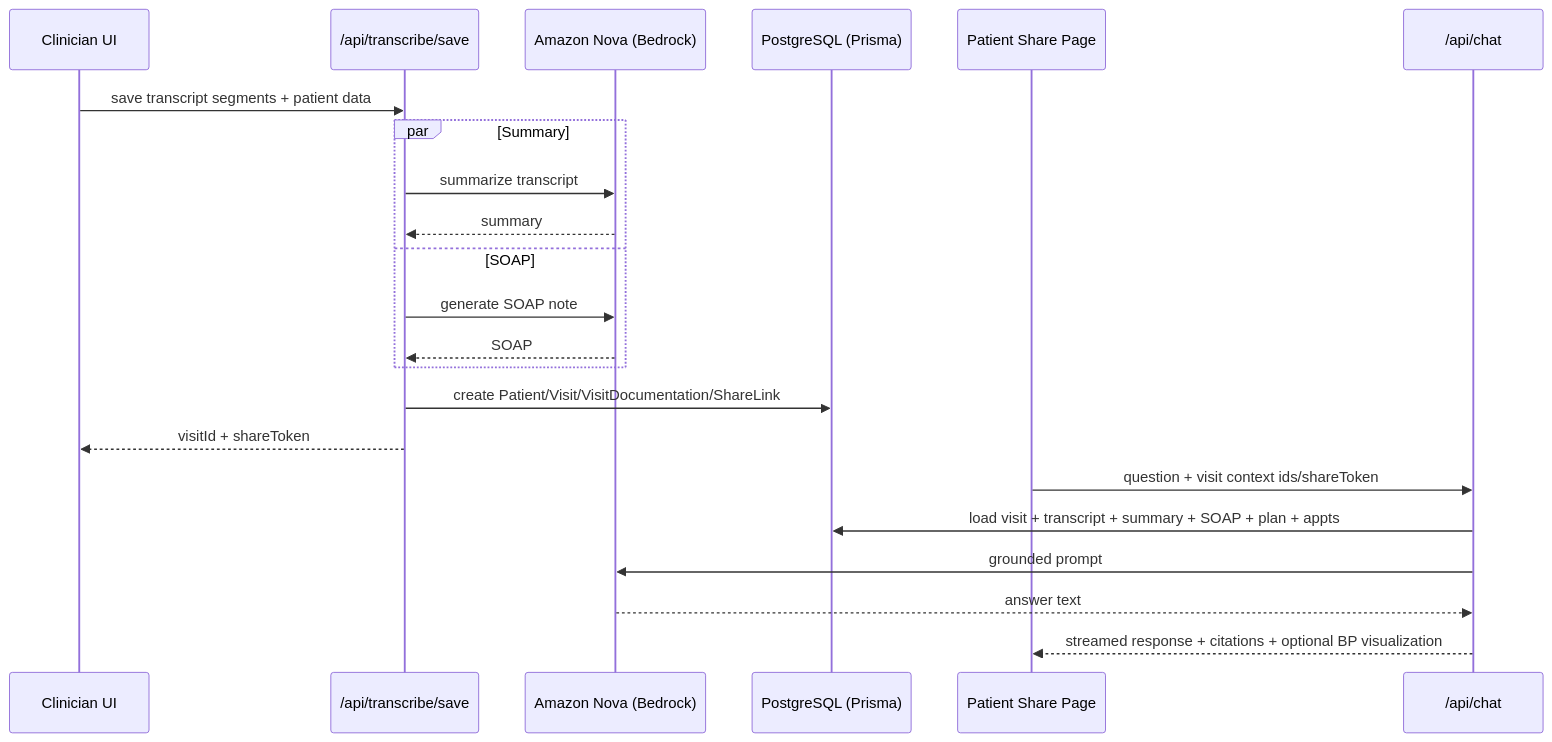
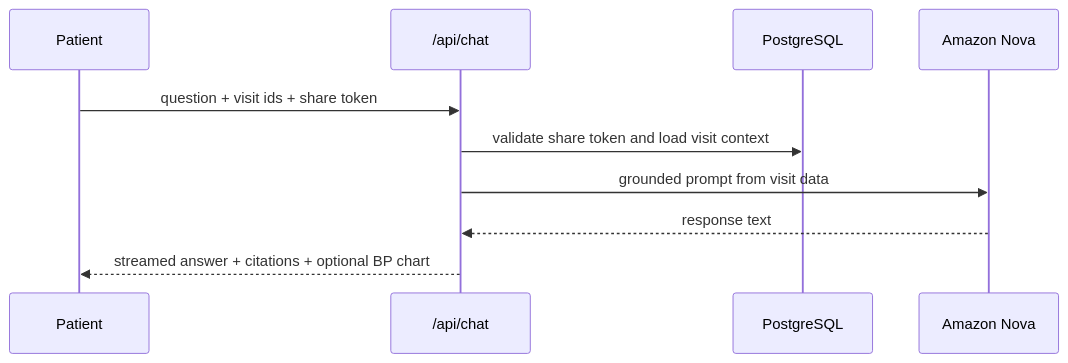
Before and after one commit to Manoj7ar/Synth-Hackathon: the third of 3 diagrams in AWS_AMAZON_NOVA_INTEGRATION_DEEP_DIVE.md, drawn with Mermaid. The commit also changed other lines of this file and 7 other files, not shown here.

````diff
--- a/AWS_AMAZON_NOVA_INTEGRATION_DEEP_DIVE.md
+++ b/AWS_AMAZON_NOVA_INTEGRATION_DEEP_DIVE.md
@@ -120,26 +221,13 @@
 ```mermaid
 sequenceDiagram
-  participant C as Clinician UI
-  participant S as /api/transcribe/save
-  participant N as Amazon Nova (Bedrock)
-  participant DB as PostgreSQL (Prisma)
-  participant P as Patient Share Page
+  participant P as Patient
   participant CHAT as /api/chat
+  participant DB as PostgreSQL
+  participant N as Amazon Nova
 
-  C->>S: save transcript segments + patient data
-  par Summary
-    S->>N: summarize transcript
-    N-->>S: summary
-  and SOAP
-    S->>N: generate SOAP note
-    N-->>S: SOAP
-  end
-  S->>DB: create Patient/Visit/VisitDocumentation/ShareLink
-  S-->>C: visitId + shareToken
-
-  P->>CHAT: question + visit context ids/shareToken
-  CHAT->>DB: load visit + transcript + summary + SOAP + plan + appts
-  CHAT->>N: grounded prompt
-  N-->>CHAT: answer text
-  CHAT-->>P: streamed response + citations + optional BP visualization
+  P->>CHAT: question + visit ids + share token
+  CHAT->>DB: validate share token and load visit context
+  CHAT->>N: grounded prompt from visit data
+  N-->>CHAT: response text
+  CHAT-->>P: streamed answer + citations + optional BP chart
 ```
````
